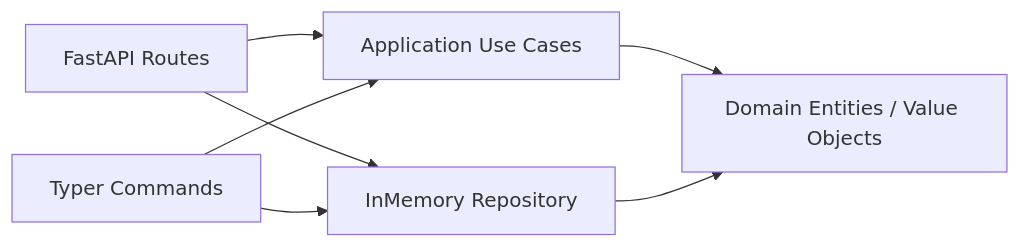
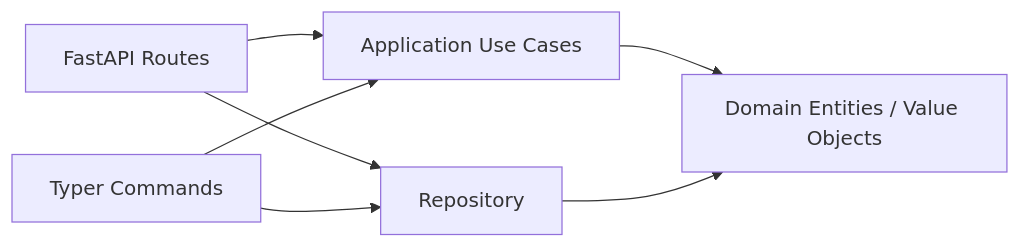
One commit to ks6088ts-labs/concierge changed the diagram in docs/todo/index.md. Above: the diagram before and after it, drawn with Mermaid. The commit also changed other lines of this file and 14 other files, not shown here.

````diff
--- a/docs/todo/index.md
+++ b/docs/todo/index.md
@@ -10,9 +10,9 @@
 ```mermaid
 flowchart LR
     Web[FastAPI Routes] --> App[Application Use Cases]
     CLI[Typer Commands] --> App
     App --> Domain[Domain Entities / Value Objects]
-    Web --> Repo[InMemory Repository]
+    Web --> Repo[Repository]
     CLI --> Repo
     Repo --> Domain
 ```
````
